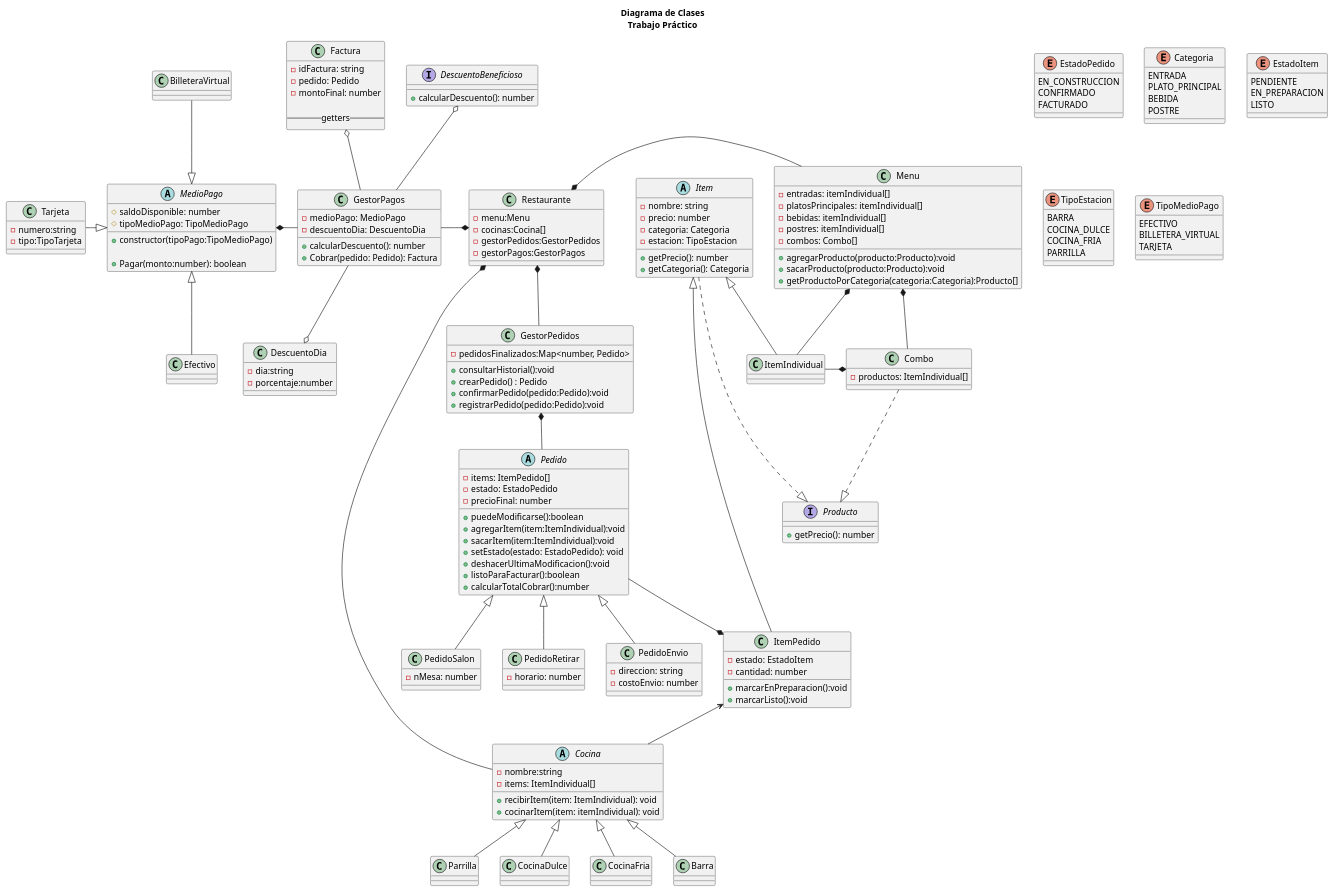
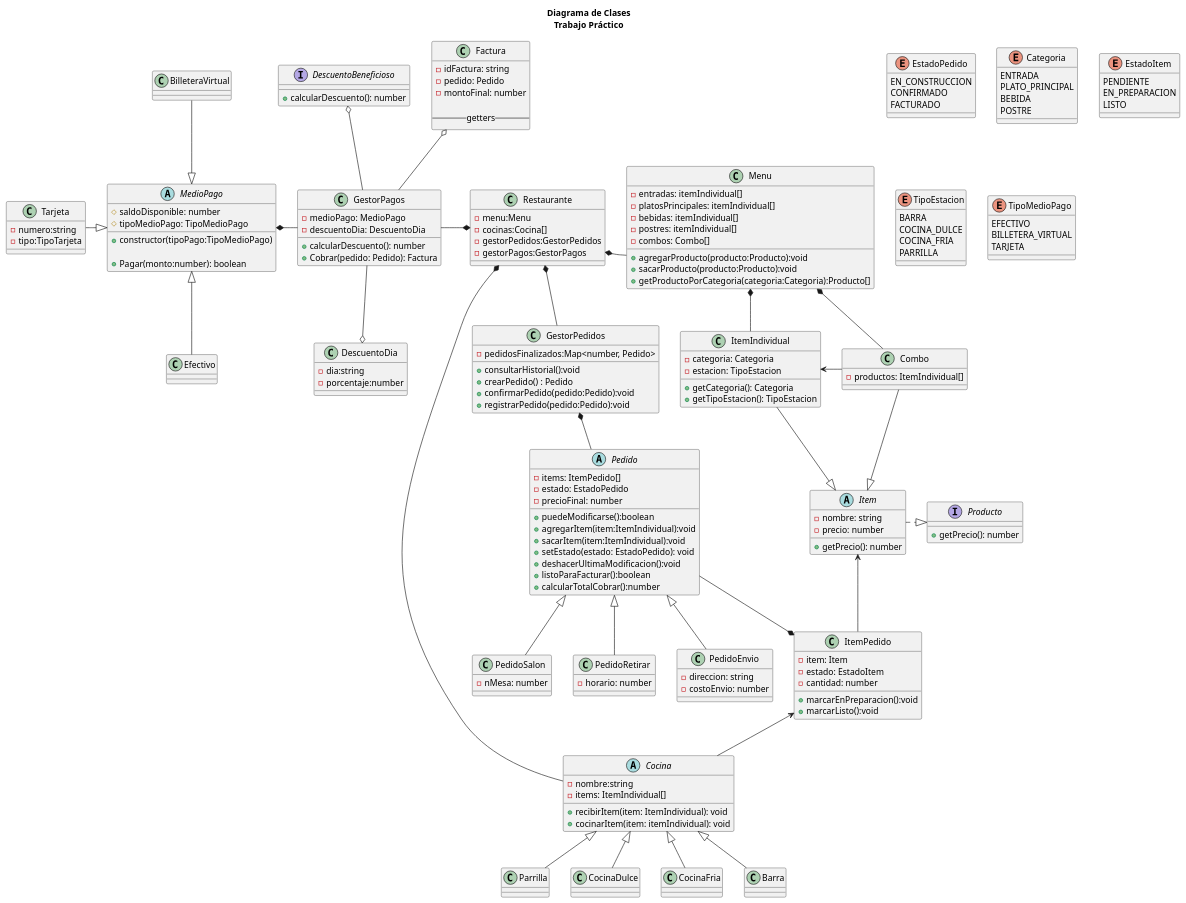
The diagram in diagrama/diagrama.puml (crstian8819/tp-grupo-11), drawn with PlantUML before and after one commit. The commit also changed 8 other files, not shown here.

```diff
--- a/diagrama/diagrama.puml
+++ b/diagrama/diagrama.puml
@@ -95,16 +95,20 @@
     abstract class Item { 
         -nombre: string
         -precio: number
+        
+        +getPrecio(): number
+    }
+
+    class ItemIndividual {
         -categoria: Categoria
         -estacion: TipoEstacion
 
-        +getPrecio(): number
         +getCategoria(): Categoria
+        +getTipoEstacion(): TipoEstacion
     }
 
-    class ItemIndividual extends Item {}
-
-    class ItemPedido extends Item {
+    class ItemPedido {
+        -item: Item
         -estado: EstadoItem
         -cantidad: number
 
@@ -112,7 +116,7 @@
         +marcarListo():void
     }
 
-    class Combo{
+    class Combo {
         -productos: ItemIndividual[]
     }
 
@@ -194,6 +198,7 @@
 'RESTAURANTE
 
     Restaurante *-r- Menu
+    Restaurante -[hidden]r- Menu
     Restaurante *-- Cocina
     'Restaurante o-- Pedido
     Restaurante *-d- GestorPedidos
@@ -211,8 +216,12 @@
 
     Menu *-- ItemIndividual
     Menu *-d- Combo
-    Combo *-l- ItemIndividual
-    Combo ..|> Producto
+    Combo -l-> ItemIndividual
+    Combo --|> Item
+    ItemIndividual --|> Item
+    Item .r.|> Producto
+    ItemPedido -u-> Item
+
 
 'COCINA
 
@@ -234,18 +243,11 @@
     Efectivo -u-|> MedioPago
     Tarjeta -r-|> MedioPago
     BilleteraVirtual -d-|> MedioPago
-    'Efectivo .d.|> Descuento
 
-'DESCUENTOS
-
-    'DescuentoDia ..|> Descuento
 
 'GESTOR DE PEDIDOS
 
     'HistorialPedido o-- Pedido
     GestorPedidos *-- Pedido
-    'Un pedido contiene exactamente Un registro en historial de Pedidos
-    'HistorialPedido puede contener 0 o muchos pedidos.
 
-    Item .d.|> Producto
 @enduml
```
